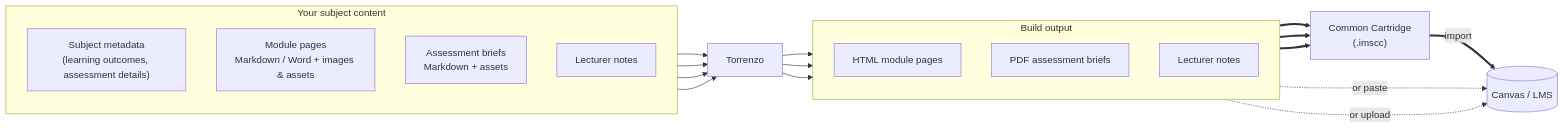
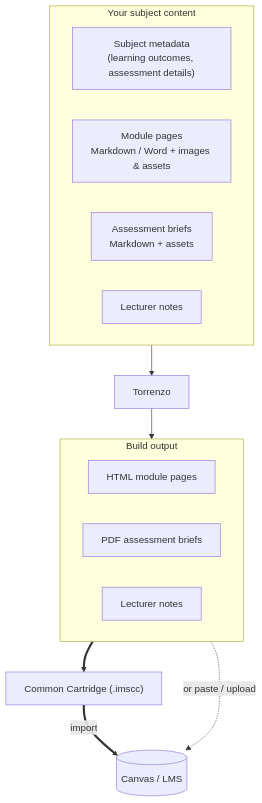
One commit to tabreturn/torrenzo changed the diagram in README.md. Above: the diagram before and after it, drawn with Mermaid.

Commit message:
- add mermaid diagram

````diff
--- a/README.md
+++ b/README.md
@@ -7,34 +11,28 @@
 ```mermaid
-flowchart LR
+flowchart TD
     subgraph src["Your subject content"]
-        direction TB
+        direction LR
         META["Subject metadata<br/>(learning outcomes, assessment details)"]
         MOD["Module pages<br/>Markdown / Word + images & assets"]
         ASS["Assessment briefs<br/>Markdown + assets"]
         NOTES["Lecturer notes"]
     end
 
     T["Torrenzo"]
+
     subgraph out["Build output"]
-        direction TB
+        direction LR
         HTML["HTML module pages"]
         PDF["PDF assessment briefs"]
         LNOTES["Lecturer notes"]
     end
-    IMSCC["Common Cartridge<br/>(.imscc)"]
+
+    IMSCC["Common Cartridge (.imscc)"]
     LMS[("Canvas / LMS")]
 
-    META --> T
-    MOD --> T
-    ASS --> T
-    NOTES --> T
-    T --> HTML
-    T --> PDF
-    T --> LNOTES
-    HTML ==> IMSCC
-    PDF ==> IMSCC
-    LNOTES ==> IMSCC
+    src --> T
+    T --> out
+    out ==> IMSCC
     IMSCC ==>|import| LMS
-    HTML -.->|or paste| LMS
-    PDF -.->|or upload| LMS
+    out -.->|or paste / upload| LMS
 ```
````
